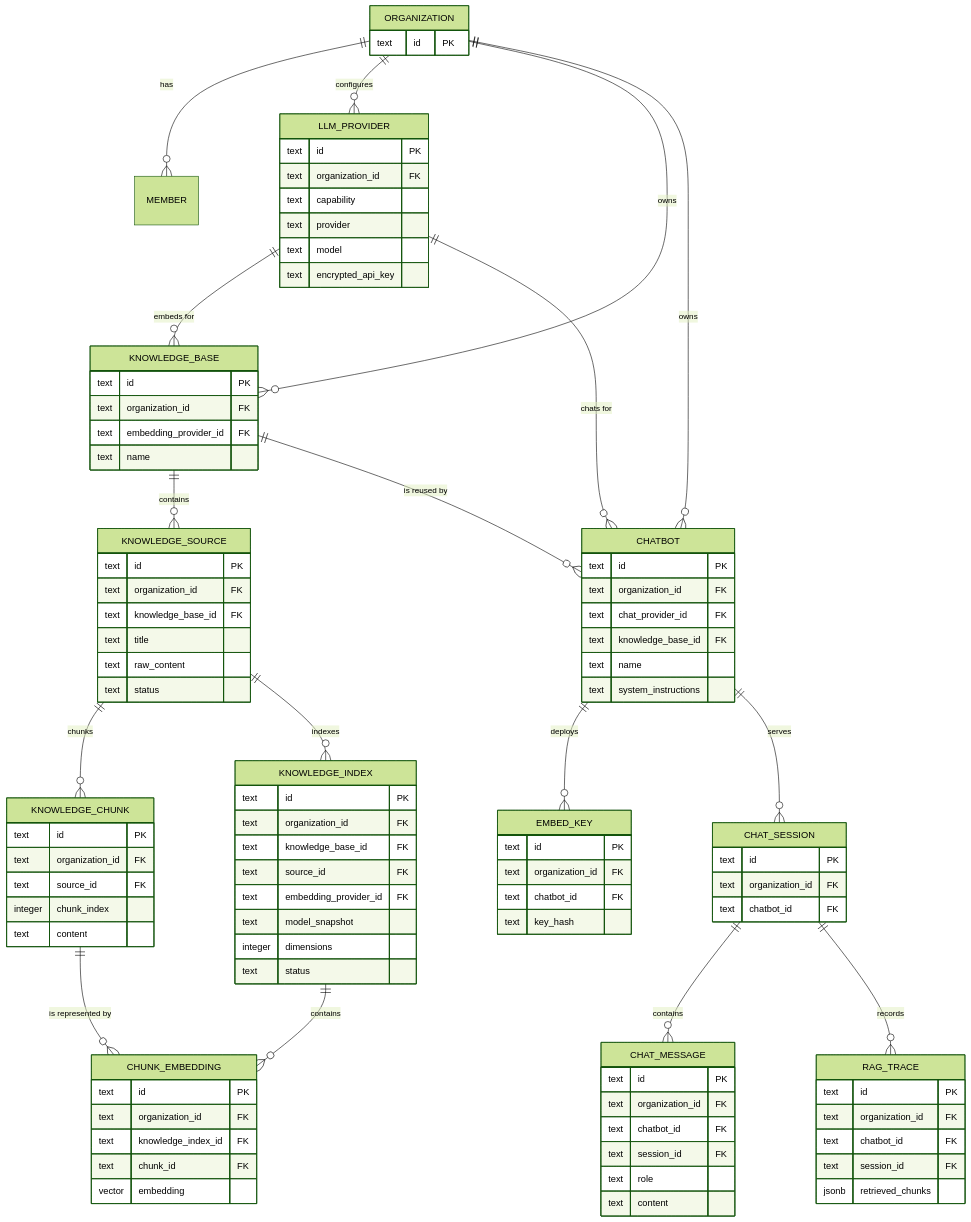
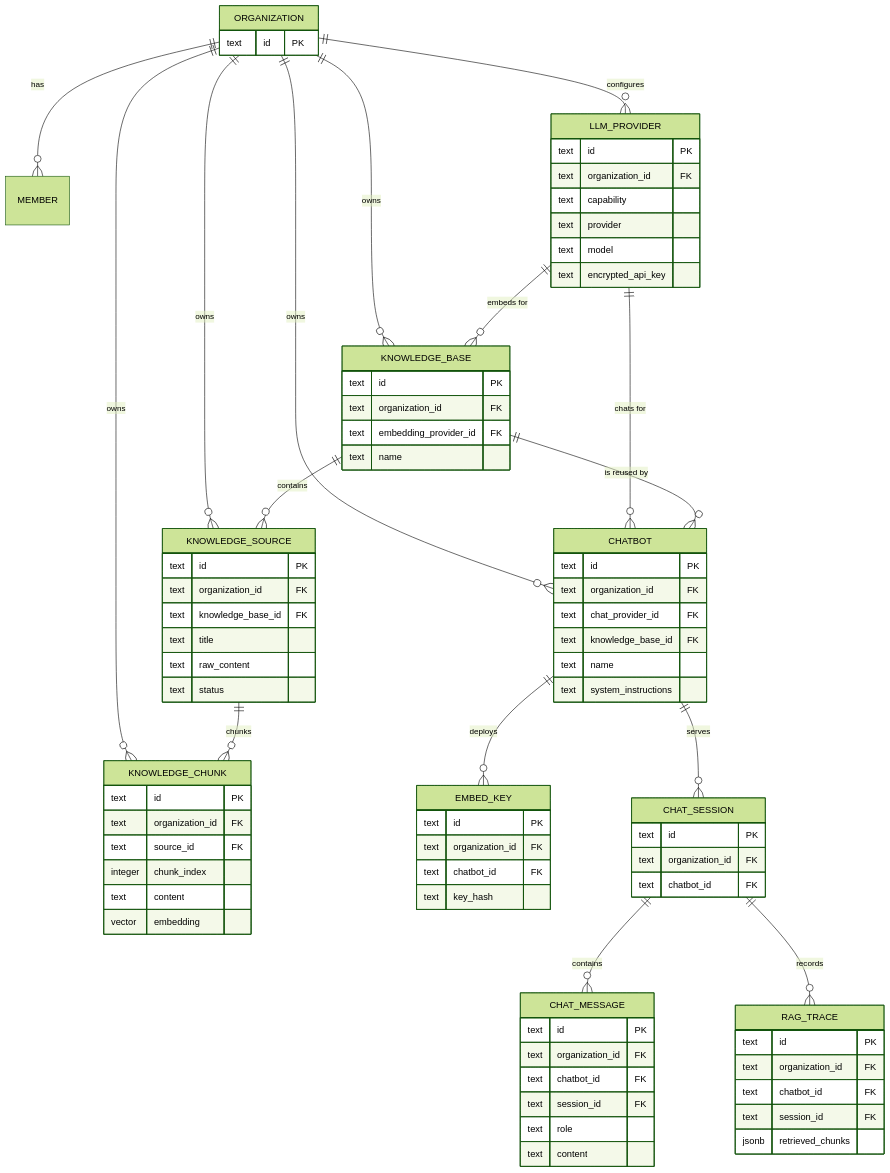
One commit to yzy98/geho changed the second of 2 diagrams in README.md. Above: the diagram before and after it, drawn with Mermaid (forest theme). The commit also changed other lines of this file and 2 other files, not shown here.

Commit message:
feat(db): add knowledgeSource and knowledgeChunk schemas

```diff
--- a/README.md
+++ b/README.md
@@ -321,6 +333,8 @@
     ORGANIZATION ||--o{ MEMBER : has
     ORGANIZATION ||--o{ LLM_PROVIDER : configures
     ORGANIZATION ||--o{ KNOWLEDGE_BASE : owns
+    ORGANIZATION ||--o{ KNOWLEDGE_SOURCE : owns
+    ORGANIZATION ||--o{ KNOWLEDGE_CHUNK : owns
     ORGANIZATION ||--o{ CHATBOT : owns
 
     LLM_PROVIDER ||--o{ KNOWLEDGE_BASE : "embeds for"
@@ -329,9 +343,6 @@
     KNOWLEDGE_BASE ||--o{ CHATBOT : "is reused by"
 
     KNOWLEDGE_SOURCE ||--o{ KNOWLEDGE_CHUNK : chunks
-    KNOWLEDGE_SOURCE ||--o{ KNOWLEDGE_INDEX : indexes
-    KNOWLEDGE_INDEX ||--o{ CHUNK_EMBEDDING : contains
-    KNOWLEDGE_CHUNK ||--o{ CHUNK_EMBEDDING : "is represented by"
 
     CHATBOT ||--o{ EMBED_KEY : deploys
     CHATBOT ||--o{ CHAT_SESSION : serves
@@ -377,22 +388,6 @@
         text source_id FK
         integer chunk_index
         text content
-    }
-    KNOWLEDGE_INDEX {
-        text id PK
-        text organization_id FK
-        text knowledge_base_id FK
-        text source_id FK
-        text embedding_provider_id FK
-        text model_snapshot
-        integer dimensions
-        text status
-    }
-    CHUNK_EMBEDDING {
-        text id PK
-        text organization_id FK
-        text knowledge_index_id FK
-        text chunk_id FK
         vector embedding
     }
     EMBED_KEY {
```
